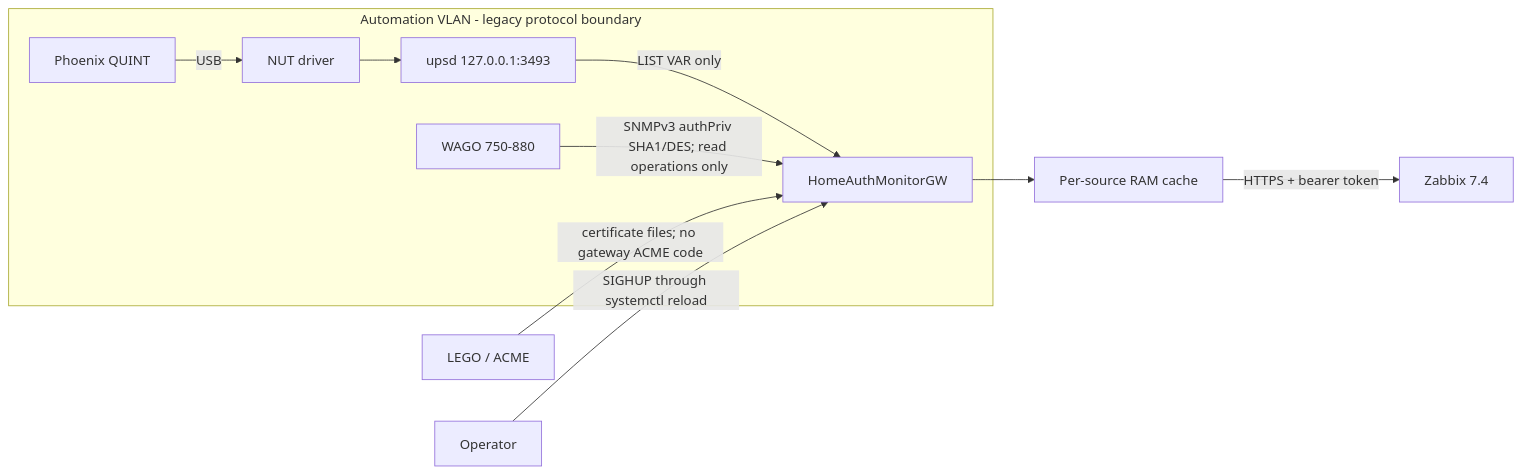
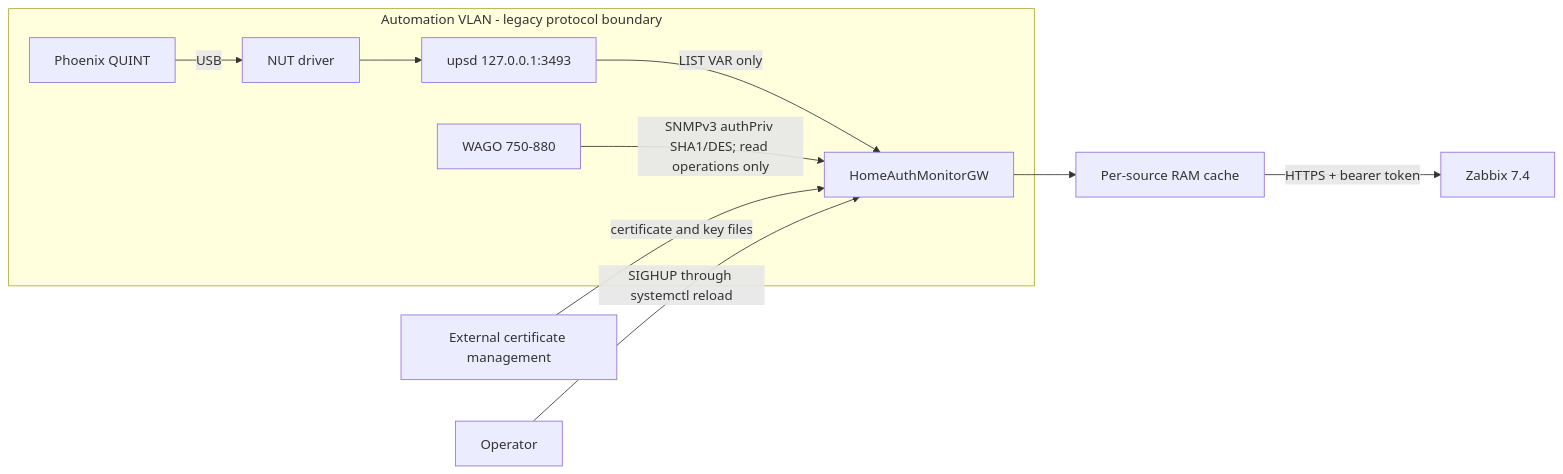
One commit to tseiman/HomeAuthMonitorGW changed the diagram in README.md. Above: the diagram before and after it, drawn with Mermaid. The commit also changed other lines of this file and 3 other files, not shown here.

````diff
--- a/README.md
+++ b/README.md
@@ -29,13 +29,13 @@
 ```mermaid
 flowchart LR
   subgraph AV[Automation VLAN - legacy protocol boundary]
     Q[Phoenix QUINT] -->|USB| N[NUT driver]
     N --> U[upsd 127.0.0.1:3493]
     U -->|LIST VAR only| G[HomeAuthMonitorGW]
     W[WAGO 750-880] -->|SNMPv3 authPriv SHA1/DES; read operations only| G
   end
   G --> C[Per-source RAM cache]
   C -->|HTTPS + bearer token| Z[Zabbix 7.4]
-  L[LEGO / ACME] -->|certificate files; no gateway ACME code| G
+  X[External certificate management] -->|certificate and key files| G
   A[Operator] -->|SIGHUP through systemctl reload| G
 ```
````
